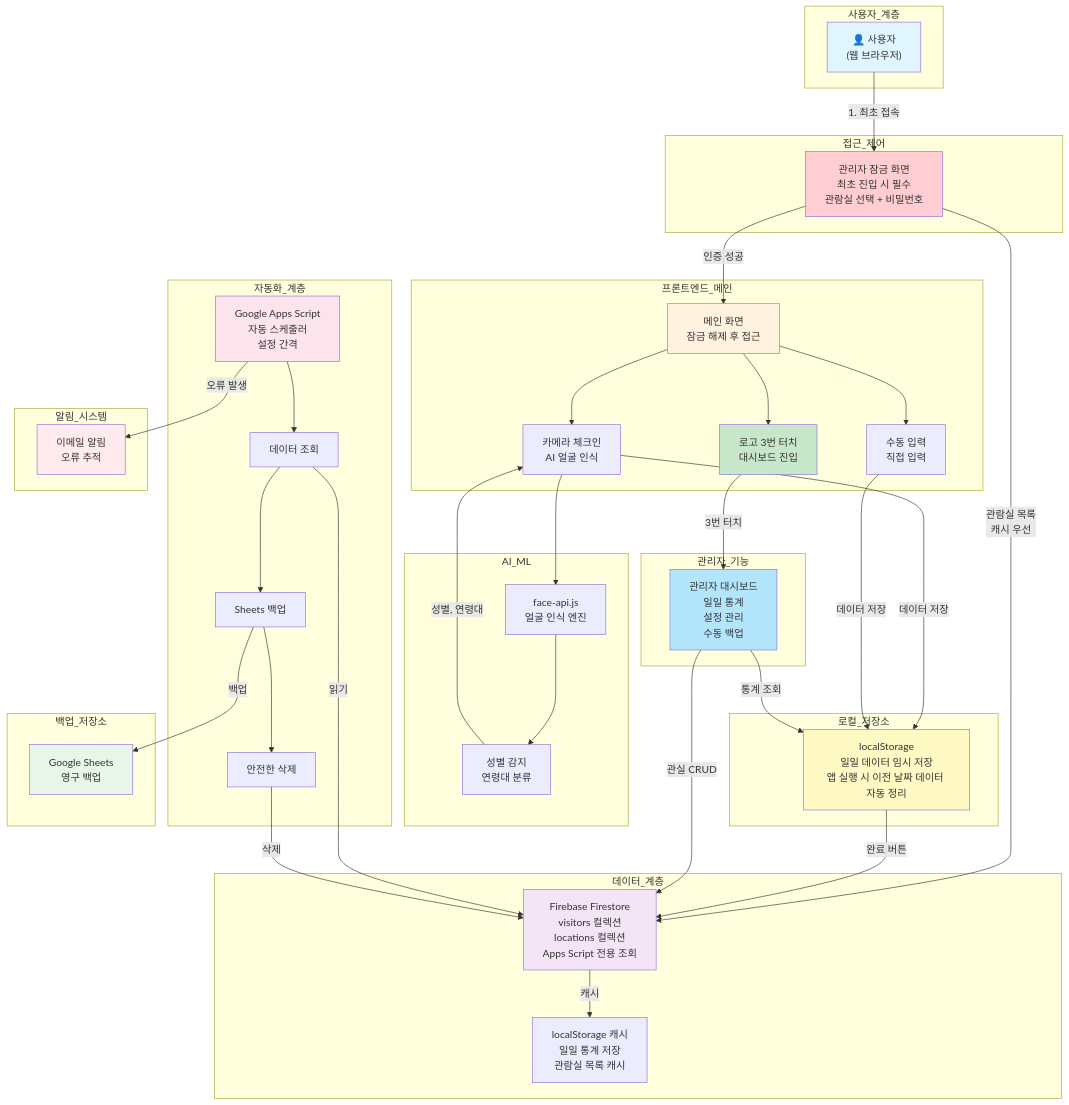
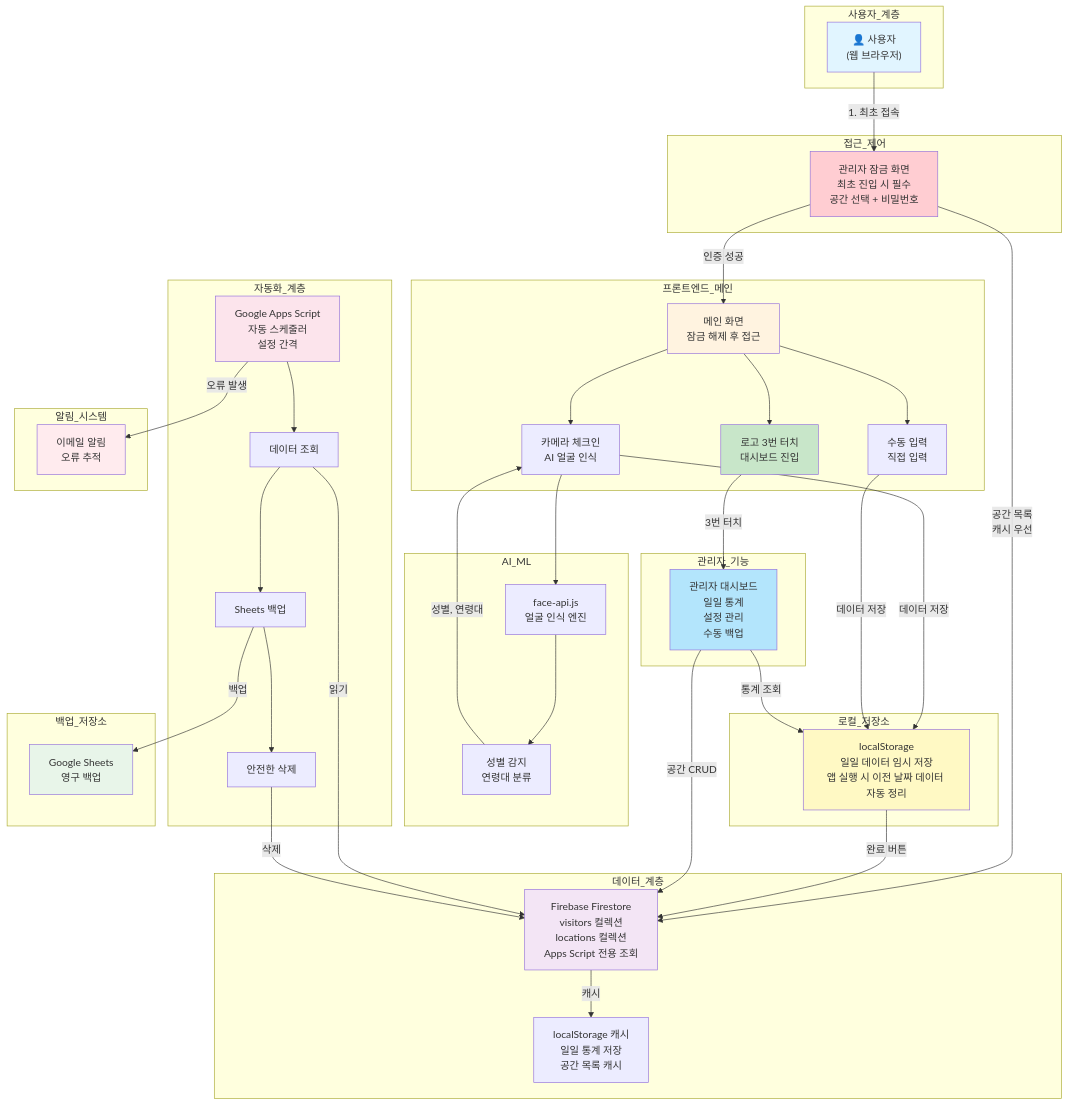
Before and after one commit to PanicAthe/raim-visitor-checkin: the first of 3 diagrams in docs/ARCHITECTURE.md, drawn with Mermaid. The commit also changed other lines of this file and 7 other files, not shown here.

```diff
--- a/docs/ARCHITECTURE.md
+++ b/docs/ARCHITECTURE.md
@@ -8,7 +10,7 @@
     end
 
     subgraph 접근_제어
-        LOCK["관리자 잠금 화면<br/>최초 진입 시 필수<br/>관람실 선택 + 비밀번호"]
+        LOCK["관리자 잠금 화면<br/>최초 진입 시 필수<br/>공간 선택 + 비밀번호"]
     end
 
     subgraph 프론트엔드_메인
@@ -33,7 +35,7 @@
 
     subgraph 데이터_계층
         FIRESTORE["Firebase Firestore<br/>visitors 컬렉션<br/>locations 컬렉션<br/>Apps Script 전용 조회"]
-        CACHE["localStorage 캐시<br/>일일 통계 저장<br/>관람실 목록 캐시"]
+        CACHE["localStorage 캐시<br/>일일 통계 저장<br/>공간 목록 캐시"]
     end
 
     subgraph 자동화_계층
@@ -52,7 +54,7 @@
     end
 
     USER -->|1. 최초 접속| LOCK
-    LOCK -->|관람실 목록<br/>캐시 우선| FIRESTORE
+        LOCK -->|공간 목록<br/>캐시 우선| FIRESTORE
     LOCK -->|인증 성공| MAIN
 
     MAIN --> UI1
@@ -69,7 +71,7 @@
 
     LOGO -->|3번 터치| ADMIN
     ADMIN -->|통계 조회| LOCAL
-    ADMIN -->|관실 CRUD| FIRESTORE
+    ADMIN -->|공간 CRUD| FIRESTORE
 
     FIRESTORE -->|캐시| CACHE
 
```
